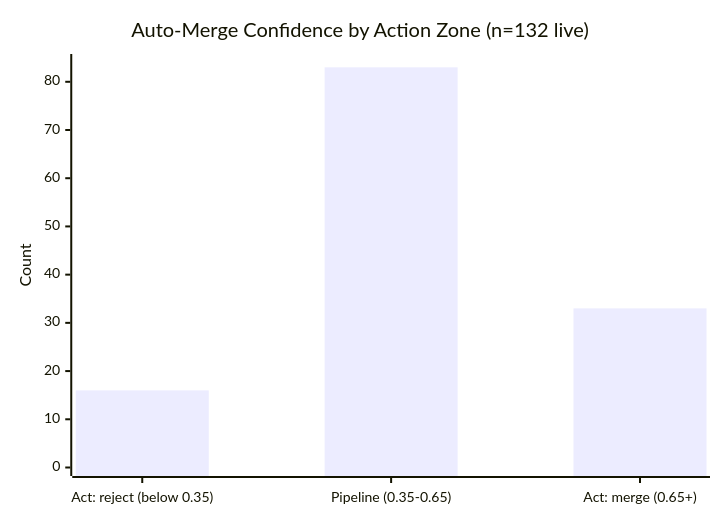
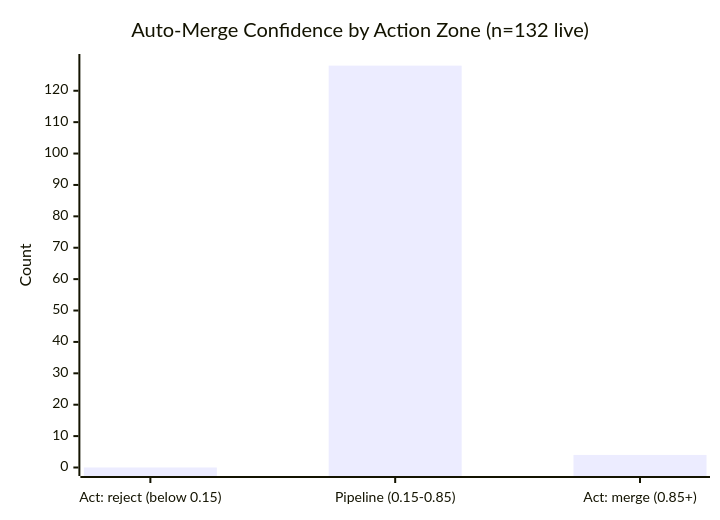
The second of 4 diagrams in JEV.md (Sanctum-Origo-Systems/patina), drawn with Mermaid before and after one commit. The commit also changed other lines of this file, not shown here.

````diff
--- a/JEV.md
+++ b/JEV.md
@@ -15,7 +17,7 @@
 ```mermaid
 xychart-beta
     title "Auto-Merge Confidence by Action Zone (n=132 live)"
-    x-axis ["Act: reject (below 0.35)", "Pipeline (0.35-0.65)", "Act: merge (0.65+)"]
-    y-axis "Count" 0 --> 84
-    bar [16, 83, 33]
+    x-axis ["Act: reject (below 0.15)", "Pipeline (0.15-0.85)", "Act: merge (0.85+)"]
+    y-axis "Count" 0 --> 129
+    bar [0, 128, 4]
 ```
````
